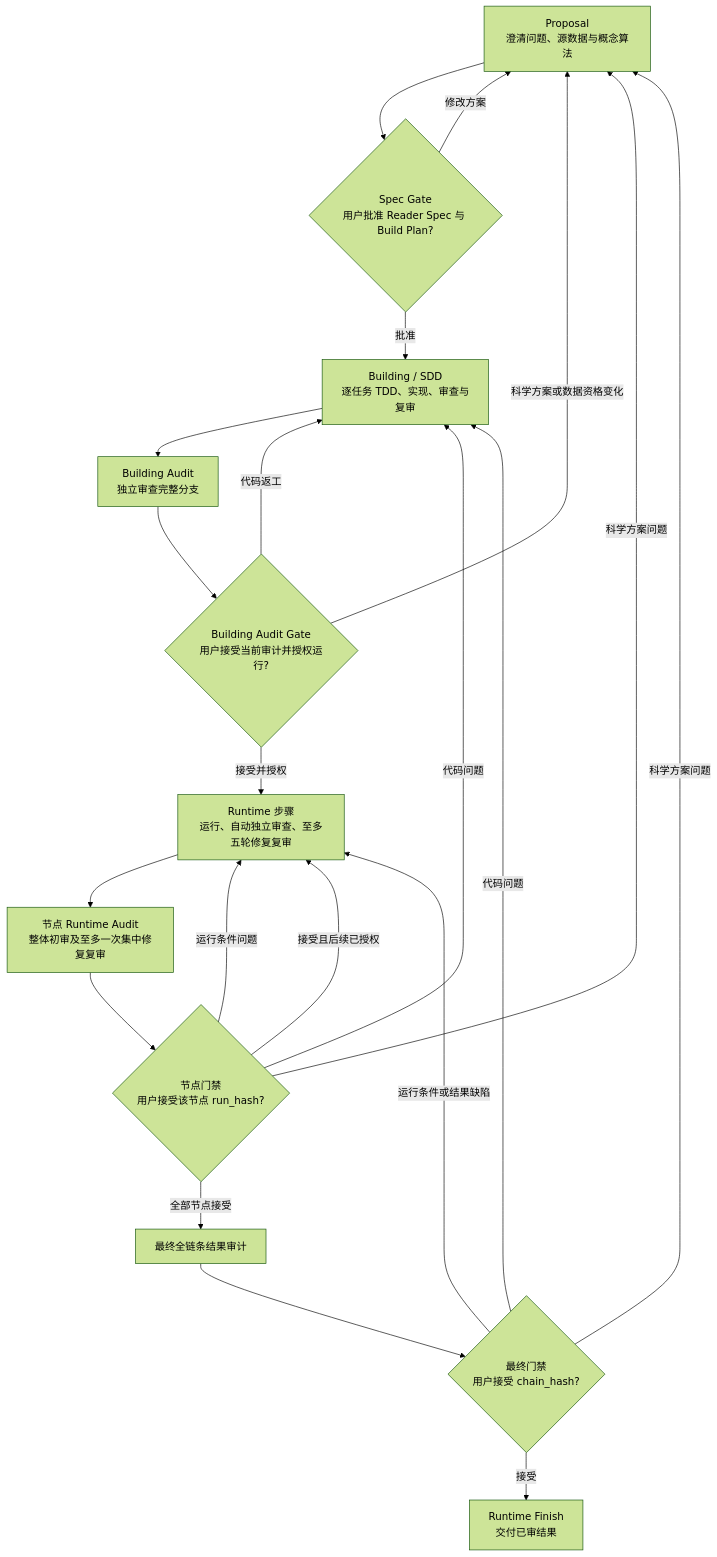
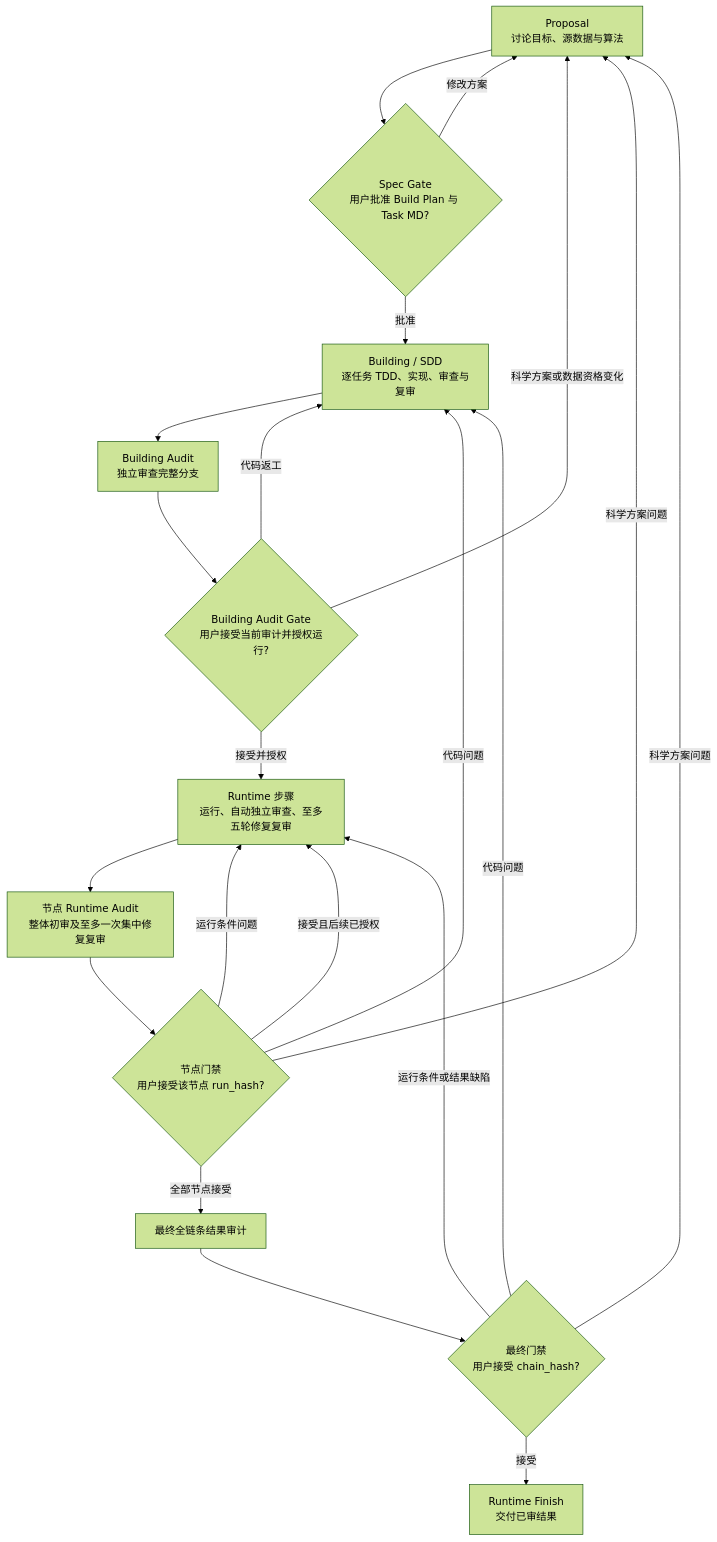
One commit to houhoudehenduohhh/scientific-analysis-superpower changed the diagram in README.md. Above: the diagram before and after it, drawn with Mermaid (forest theme). The commit also changed other lines of this file and 58 other files, not shown here.

````diff
--- a/README.md
+++ b/README.md
@@ -9,23 +9,23 @@
 ```mermaid
 flowchart TD
-    P[Proposal<br/>澄清问题、源数据与概念算法] --> SG{Spec Gate<br/>用户批准 Reader Spec 与 Build Plan?}
+    P[Proposal<br/>讨论目标、源数据与算法] --> SG{Spec Gate<br/>用户批准 Build Plan 与 Task MD?}
     SG -- 修改方案 --> P
     SG -- 批准 --> B[Building / SDD<br/>逐任务 TDD、实现、审查与复审]
     B --> BA[Building Audit<br/>独立审查完整分支]
     BA --> BAG{Building Audit Gate<br/>用户接受当前审计并授权运行?}
     BAG -- 科学方案或数据资格变化 --> P
     BAG -- 代码返工 --> B
     BAG -- 接受并授权 --> R[Runtime 步骤<br/>运行、自动独立审查、至多五轮修复复审]
     R --> RA[节点 Runtime Audit<br/>整体初审及至多一次集中修复复审]
     RA --> RAG{节点门禁<br/>用户接受该节点 run_hash?}
     RAG -- 运行条件问题 --> R
     RAG -- 代码问题 --> B
     RAG -- 科学方案问题 --> P
     RAG -- 接受且后续已授权 --> R
     RAG -- 全部节点接受 --> FA[最终全链条结果审计]
     FA --> FAG{最终门禁<br/>用户接受 chain_hash?}
     FAG -- 运行条件或结果缺陷 --> R
     FAG -- 代码问题 --> B
     FAG -- 科学方案问题 --> P
     FAG -- 接受 --> F[Runtime Finish<br/>交付已审结果]
 ```
````
